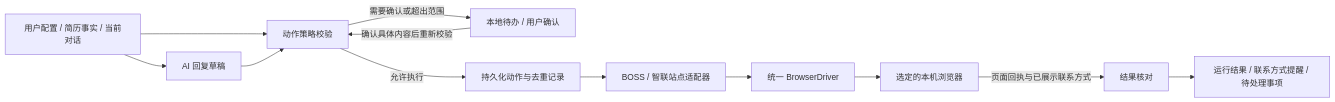
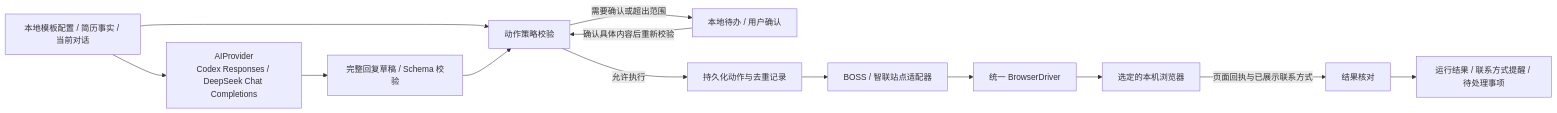
Before and after one commit to zhongmiao-org/flow-ark: the diagram in docs/p1-recruiting.md, drawn with Mermaid. The commit also changed other lines of this file and 5 other files, not shown here.

Commit message:
docs: plan template store and Codex DeepSeek providers

````diff
--- a/docs/p1-recruiting.md
+++ b/docs/p1-recruiting.md
@@ -75,14 +88,15 @@
 ```mermaid
 flowchart LR
-    P["用户配置 / 简历事实 / 当前对话"] --> AI["AI 回复草稿"]
+    P["本地模板配置 / 简历事实 / 当前对话"] --> PROVIDER["AIProvider<br/>Codex Responses / DeepSeek Chat Completions"]
+    PROVIDER --> AI["完整回复草稿 / Schema 校验"]
     P --> POLICY["动作策略校验"]
     AI --> POLICY
     POLICY -->|"需要确认或超出范围"| HUMAN["本地待办 / 用户确认"]
     HUMAN -->|"确认具体内容后重新校验"| POLICY
     POLICY -->|"允许执行"| LOG["持久化动作与去重记录"]
     LOG --> SITE["BOSS / 智联站点适配器"]
     SITE --> DRIVER["统一 BrowserDriver"]
     DRIVER --> WEB["选定的本机浏览器"]
     WEB -->|"页面回执与已展示联系方式"| CHECK["结果核对"]
     CHECK --> NOTICE["运行结果 / 联系方式提醒 / 待处理事项"]
 ```
````
